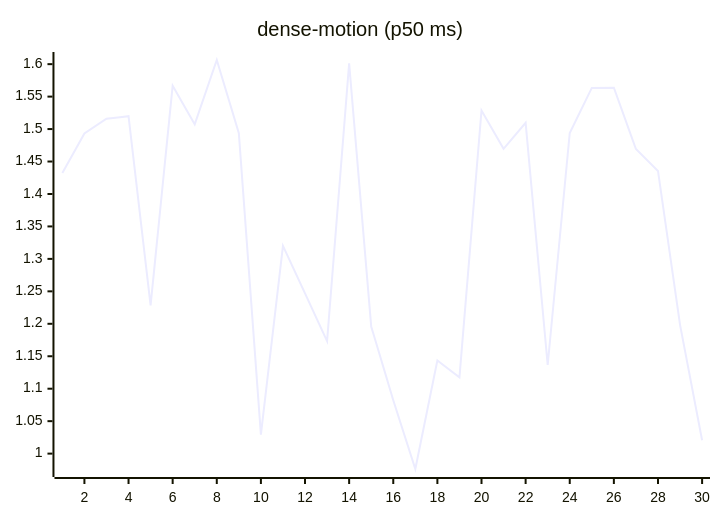
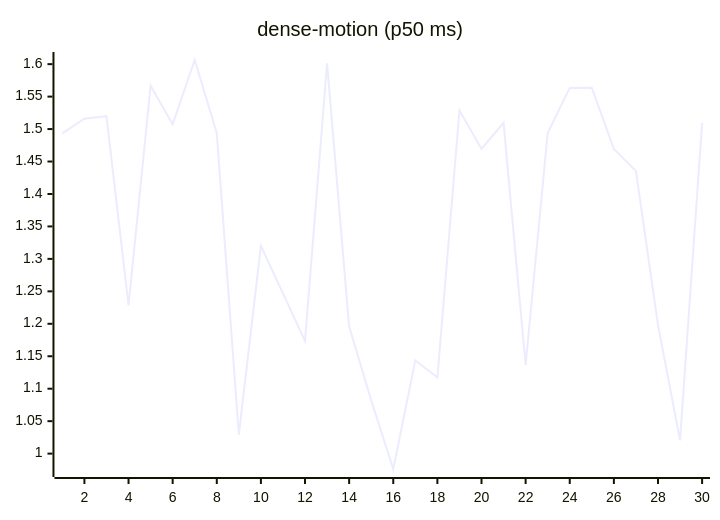
The ninth of 27 diagrams in README.md (josha/Facet), drawn with Mermaid before and after one commit. The commit also changed other lines of this file and 2 other files, not shown here.

````diff
--- a/README.md
+++ b/README.md
@@ -119,6 +119,6 @@
 ```mermaid
 xychart-beta
     title "dense-motion (p50 ms)"
     x-axis 1 --> 30
-    line [1.4323, 1.4933, 1.5160, 1.5198, 1.2285, 1.5668, 1.5073, 1.6064, 1.4938, 1.0293, 1.3202, 1.2469, 1.1733, 1.6011, 1.1959, 1.0823, 0.9763, 1.1436, 1.1174, 1.5286, 1.4695, 1.5096, 1.1365, 1.4939, 1.5634, 1.5638, 1.4692, 1.4355, 1.1984, 1.0205]
+    line [1.4933, 1.5160, 1.5198, 1.2285, 1.5668, 1.5073, 1.6064, 1.4938, 1.0293, 1.3202, 1.2469, 1.1733, 1.6011, 1.1959, 1.0823, 0.9763, 1.1436, 1.1174, 1.5286, 1.4695, 1.5096, 1.1365, 1.4939, 1.5634, 1.5638, 1.4692, 1.4355, 1.1984, 1.0205, 1.5093]
 ```
````
